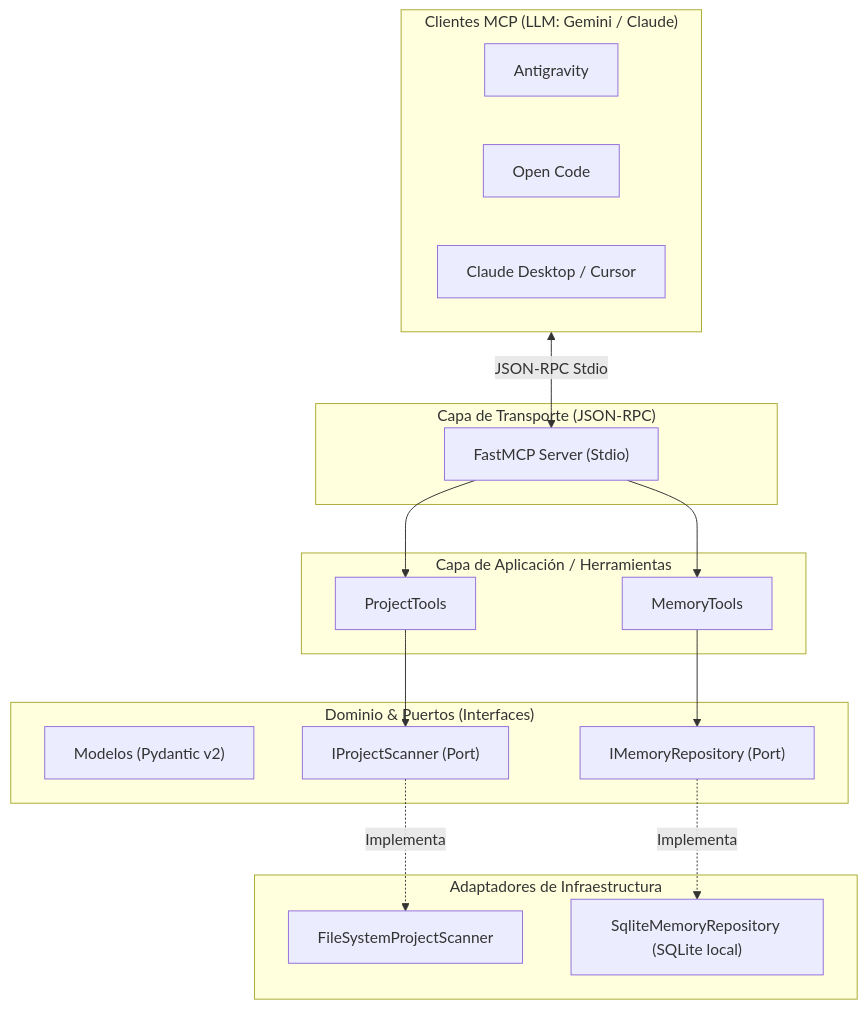
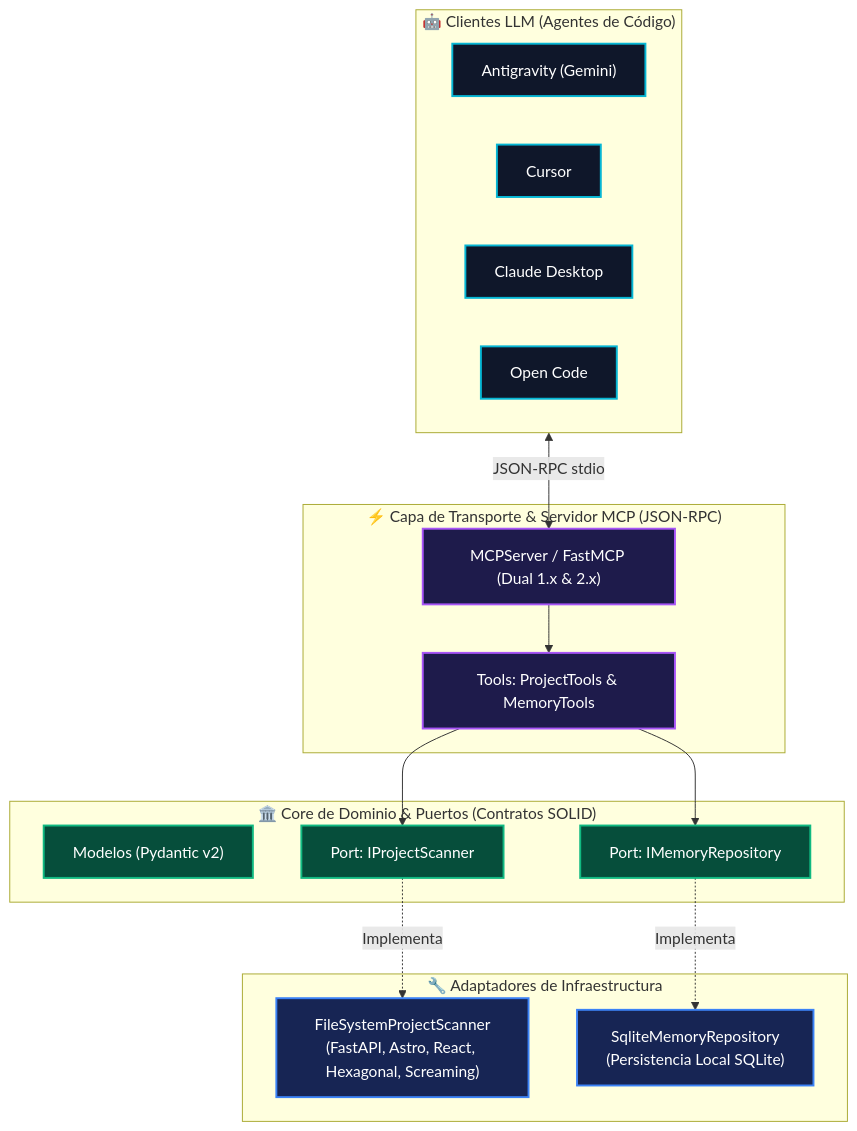
One commit to ezequiel-dev93/dev-assistent-server-mcp changed the diagram in README.md. Above: the diagram before and after it, drawn with Mermaid. The commit also changed other lines of this file and 1 other file, not shown here.

Commit message:
docs: add hexagonal architecture diagram and update README with SVG illustration

````diff
--- a/README.md
+++ b/README.md
@@ -20,36 +27,37 @@
 ```mermaid
 flowchart TD
-    subgraph Clients["Clientes MCP (LLM: Gemini / Claude)"]
-        A["Antigravity"]
-        B["Open Code"]
-        C["Claude Desktop / Cursor"]
+    classDef clientStyle fill:#0f172a,stroke:#06b6d4,stroke-width:2px,color:#fff;
+    classDef transportStyle fill:#1e1b4b,stroke:#a855f7,stroke-width:2px,color:#fff;
+    classDef coreStyle fill:#064e3b,stroke:#10b981,stroke-width:2px,color:#fff;
+    classDef infraStyle fill:#172554,stroke:#3b82f6,stroke-width:2px,color:#fff;
+
+    subgraph LLMClients["🤖 Clientes LLM (Agentes de Código)"]
+        A["Antigravity (Gemini)"]:::clientStyle
+        B["Cursor"]:::clientStyle
+        C["Claude Desktop"]:::clientStyle
+        D["Open Code"]:::clientStyle
     end
 
-    subgraph MCPInterface["Capa de Transporte (JSON-RPC)"]
-        FastMCP["FastMCP Server (Stdio)"]
+    subgraph TransportLayer["⚡ Capa de Transporte & Servidor MCP (JSON-RPC)"]
+        FastMCP["MCPServer / FastMCP (Dual 1.x & 2.x)"]:::transportStyle
+        Tools["Tools: ProjectTools & MemoryTools"]:::transportStyle
     end
 
-    subgraph Tools["Capa de Aplicación / Herramientas"]
-        PT["ProjectTools"]
-        MT["MemoryTools"]
+    subgraph HexagonalCore["🏛️ Core de Dominio & Puertos (Contratos SOLID)"]
+        Models["Modelos (Pydantic v2)"]:::coreStyle
+        IPS["Port: IProjectScanner"]:::coreStyle
+        IMR["Port: IMemoryRepository"]:::coreStyle
     end
 
-    subgraph Core["Dominio & Puertos (Interfaces)"]
-        Models["Modelos (Pydantic v2)"]
-        IPScanner["IProjectScanner (Port)"]
-        IMemory["IMemoryRepository (Port)"]
+    subgraph Infrastructure["🔧 Adaptadores de Infraestructura"]
+        FSScanner["FileSystemProjectScanner<br/>(FastAPI, Astro, React, Hexagonal, Screaming)"]:::infraStyle
+        SQLite["SqliteMemoryRepository<br/>(Persistencia Local SQLite)"]:::infraStyle
     end
 
-    subgraph Infrastructure["Adaptadores de Infraestructura"]
-        FSScanner["FileSystemProjectScanner"]
-        SQLiteRepo["SqliteMemoryRepository (SQLite local)"]
-    end
-
-    Clients <-->|JSON-RPC Stdio| FastMCP
-    FastMCP --> PT
-    FastMCP --> MT
-    PT --> IPScanner
-    MT --> IMemory
-    IPScanner -.->|Implementa| FSScanner
-    IMemory -.->|Implementa| SQLiteRepo
+    LLMClients <-->|JSON-RPC stdio| FastMCP
+    FastMCP --> Tools
+    Tools --> IPS
+    Tools --> IMR
+    IPS -.->|Implementa| FSScanner
+    IMR -.->|Implementa| SQLite
 ```
````
